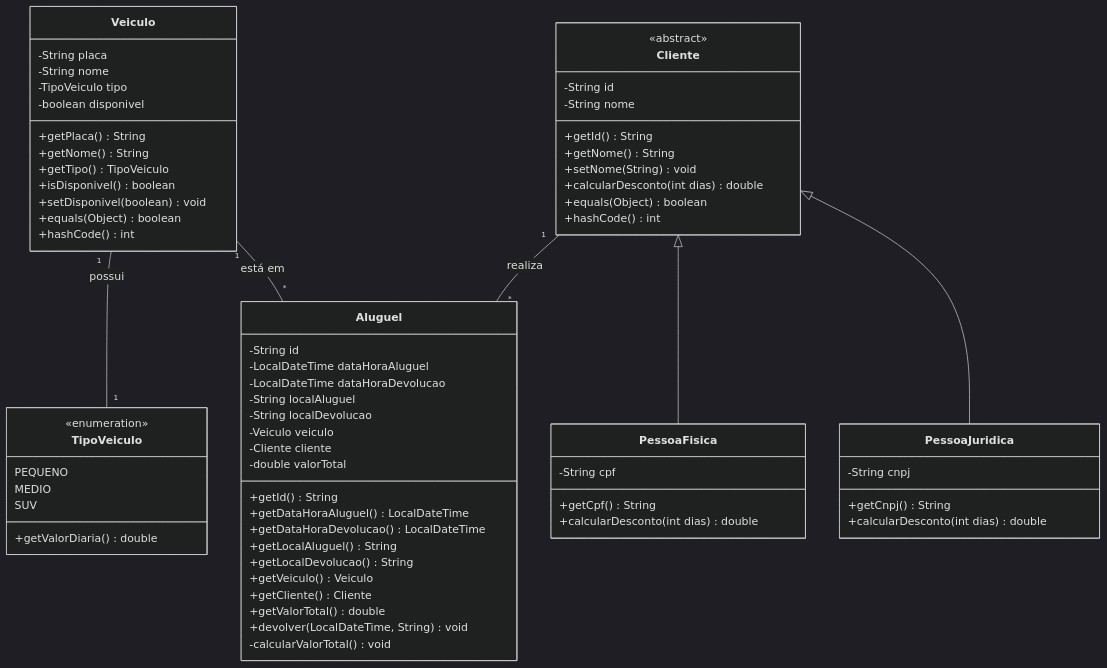
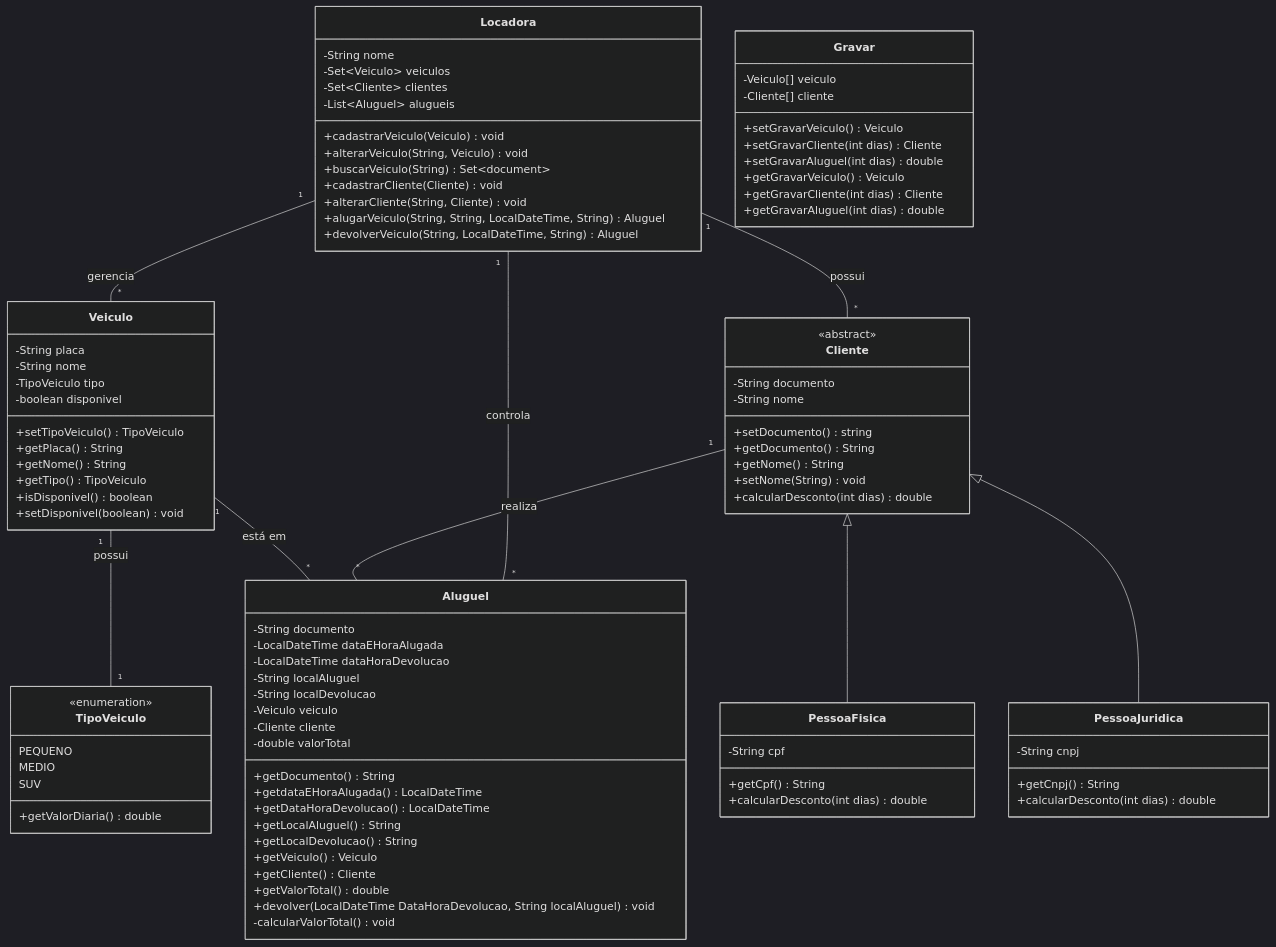
Before and after one commit to elainefabiola/POO2_Projeto: the diagram in uml.md, drawn with Mermaid (dark theme).

Commit message:
Update uml.md
First Version

````diff
--- a/uml.md
+++ b/uml.md
@@ -15,25 +15,23 @@
         -String nome
         -TipoVeiculo tipo
         -boolean disponivel
+        +setTipoVeiculo() TipoVeiculo
         +getPlaca() String
         +getNome() String
         +getTipo() TipoVeiculo
         +isDisponivel() boolean
         +setDisponivel(boolean) void
-        +equals(Object) boolean
-        +hashCode() int
     }
 
     class Cliente {
         <<abstract>>
-        -String id
+        -String documento
         -String nome
-        +getId() String
+        +setDocumento() string
+        +getDocumento() String
         +getNome() String
         +setNome(String) void
         +calcularDesconto(int dias) double
-        +equals(Object) boolean
-        +hashCode() int
     }
 
     class PessoaFisica {
@@ -49,24 +47,49 @@
     }
 
     class Aluguel {
-        -String id
-        -LocalDateTime dataHoraAluguel
+        -String documento
+        -LocalDateTime dataEHoraAlugada
         -LocalDateTime dataHoraDevolucao
         -String localAluguel
         -String localDevolucao
         -Veiculo veiculo
         -Cliente cliente
         -double valorTotal
-        +getId() String
-        +getDataHoraAluguel() LocalDateTime
+        +getDocumento() String
+        +getdataEHoraAlugada() LocalDateTime
         +getDataHoraDevolucao() LocalDateTime
         +getLocalAluguel() String
         +getLocalDevolucao() String
         +getVeiculo() Veiculo
         +getCliente() Cliente
         +getValorTotal() double
-        +devolver(LocalDateTime, String) void
+        +devolver(LocalDateTime DataHoraDevolucao, String localAluguel) void
         -calcularValorTotal() void
+    }
+
+    class Locadora {
+        -String nome
+        -Set~Veiculo~ veiculos
+        -Set~Cliente~ clientes
+        -List~Aluguel~ alugueis
+        +cadastrarVeiculo(Veiculo) void
+        +alterarVeiculo(String, Veiculo) void
+        +buscarVeiculo(String) Set~document~
+        +cadastrarCliente(Cliente) void
+        +alterarCliente(String, Cliente) void
+        +alugarVeiculo(String, String, LocalDateTime, String) Aluguel
+        +devolverVeiculo(String, LocalDateTime, String) Aluguel
+    }
+
+    class Gravar {
+        -Veiculo[] veiculo
+        -Cliente[] cliente
+        +setGravarVeiculo() Veiculo
+        +setGravarCliente(int dias) Cliente
+        +setGravarAluguel(int dias) double
+        +getGravarVeiculo() Veiculo
+        +getGravarCliente(int dias) Cliente
+        +getGravarAluguel(int dias) double
     }
 
     %% RELACIONAMENTOS
@@ -77,4 +100,8 @@
     Veiculo "1" -- "*" Aluguel : está em
     Cliente "1" -- "*" Aluguel : realiza
 
+    Locadora "1" -- "*" Veiculo : gerencia
+    Locadora "1" -- "*" Cliente : possui
+    Locadora "1" -- "*" Aluguel : controla
+
 ```
````
